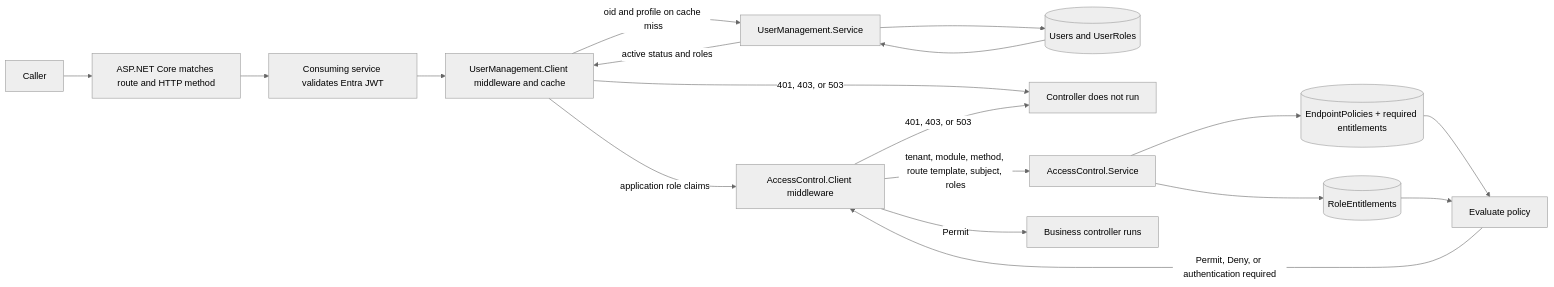
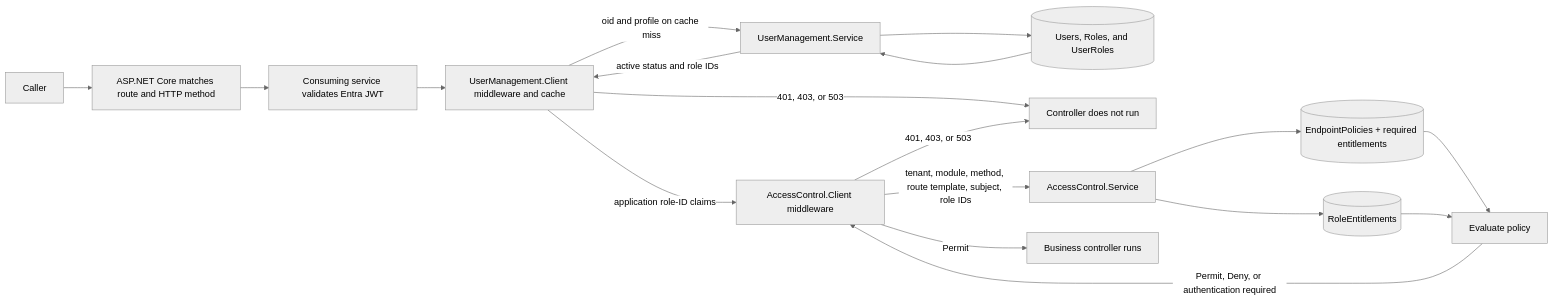
Before and after one commit to NMomchilo/AccessControl: the diagram in docs/architecture.md, drawn with Mermaid (neutral theme). The commit also changed other lines of this file and 78 other files, not shown here.

Commit message:
add tenant to user management and request with roleID

````diff
--- a/docs/architecture.md
+++ b/docs/architecture.md
@@ -9,20 +9,20 @@
 ```mermaid
 flowchart LR
     Caller[Caller] --> Route[ASP.NET Core matches route and HTTP method]
     Route --> Auth[Consuming service validates Entra JWT]
     Auth --> UserClient[UserManagement.Client middleware and cache]
     UserClient -->|oid and profile on cache miss| UserApi[UserManagement.Service]
-    UserApi --> Users[(Users and UserRoles)]
+    UserApi --> Users[(Users, Roles, and UserRoles)]
     Users --> UserApi
-    UserApi -->|active status and roles| UserClient
-    UserClient -->|application role claims| NuGet[AccessControl.Client middleware]
+    UserApi -->|active status and role IDs| UserClient
+    UserClient -->|application role-ID claims| NuGet[AccessControl.Client middleware]
     UserClient -->|401, 403, or 503| Stop[Controller does not run]
-    NuGet -->|tenant, module, method, route template, subject, roles| API[AccessControl.Service]
+    NuGet -->|tenant, module, method, route template, subject, role IDs| API[AccessControl.Service]
     API --> Policy[(EndpointPolicies + required entitlements)]
     API --> Grants[(RoleEntitlements)]
     Policy --> Evaluate[Evaluate policy]
     Grants --> Evaluate
     Evaluate -->|Permit, Deny, or authentication required| NuGet
     NuGet -->|Permit| Controller[Business controller runs]
     NuGet -->|401, 403, or 503| Stop[Controller does not run]
 ```
````
